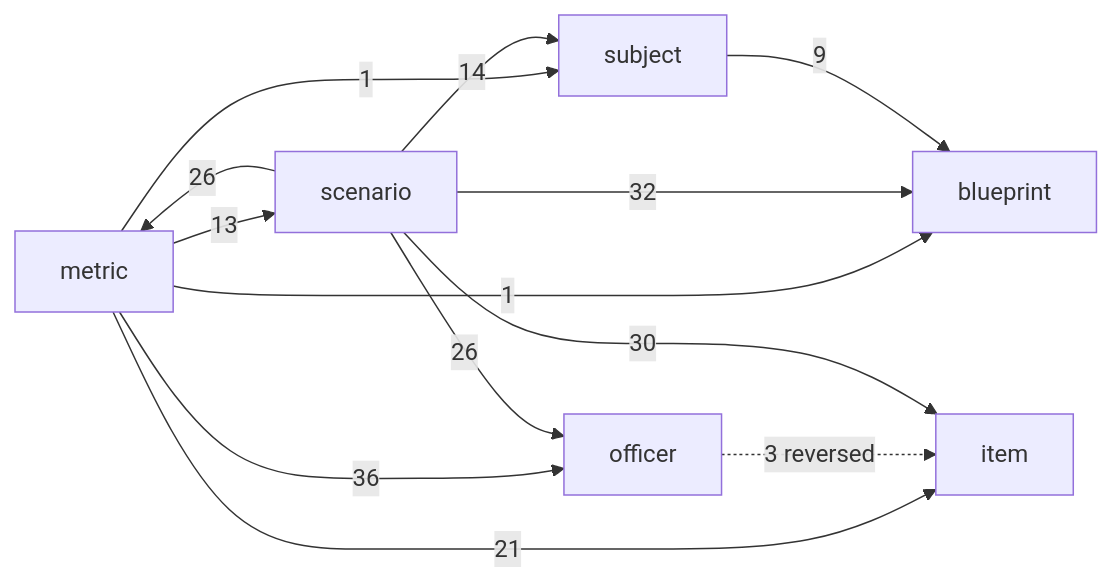
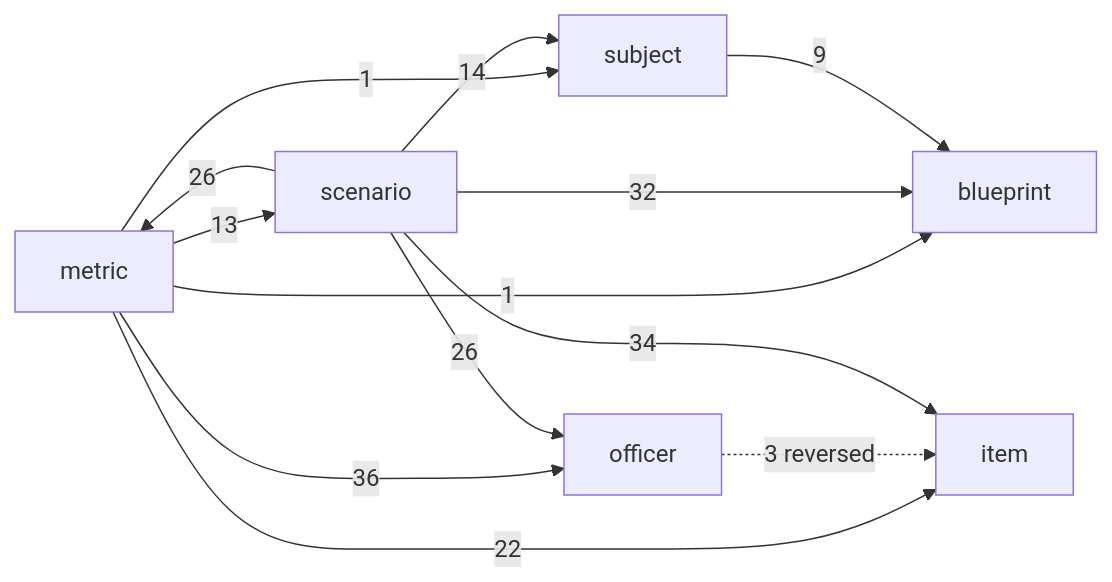
Before and after one commit to geraldmaron/tactically-idle: the diagram in docs/architecture.md, drawn with Mermaid. The commit also changed other lines of this file and 60 other files, not shown here.

````diff
--- a/docs/architecture.md
+++ b/docs/architecture.md
@@ -39,15 +39,15 @@
 ```mermaid
 flowchart LR
   metric -->|1| blueprint
-  metric -->|21| item
+  metric -->|22| item
   metric -->|36| officer
   metric -->|13| scenario
   metric -->|1| subject
   officer -.->|3 reversed| item
   scenario -->|32| blueprint
-  scenario -->|30| item
+  scenario -->|34| item
   scenario -->|26| metric
   scenario -->|26| officer
   scenario -->|14| subject
   subject -->|9| blueprint
 ```
````
